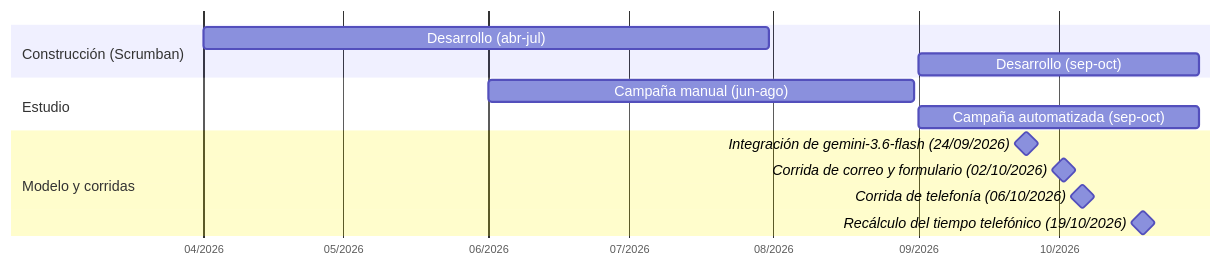
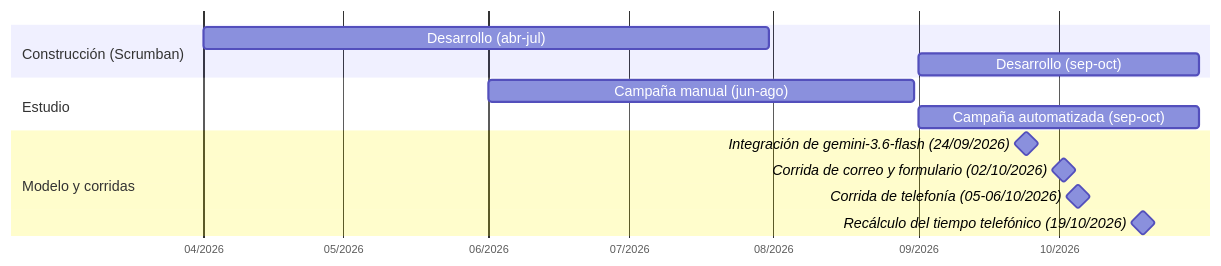
One commit to lucaGomezB/Automatizacion-de-Mesa-de-Ayuda-N8N changed the diagram in docs/diagrams/cronograma.md. Above: the diagram before and after it, drawn with Mermaid. The commit also changed other lines of this file and 35 other files, not shown here.

````diff
--- a/docs/diagrams/cronograma.md
+++ b/docs/diagrams/cronograma.md
@@ -28,19 +28,19 @@
 ```mermaid
 %%{init: {"gantt": {"leftPadding": 175, "rightPadding": 20, "fontSize": 13, "sectionFontSize": 13}}}%%
 gantt
     dateFormat YYYY-MM-DD
     axisFormat %m/%Y
     tickInterval 1month
     todayMarker off
     section Construcción (Scrumban)
     Desarrollo (abr-jul)             :cons1, 2026-04-01, 2026-07-31
     Desarrollo (sep-oct)             :cons2, 2026-09-01, 2026-10-31
     section Estudio
     Campaña manual (jun-ago)         :cm, 2026-06-01, 2026-08-31
     Campaña automatizada (sep-oct)   :ca, 2026-09-01, 2026-10-31
     section Modelo y corridas
     Integración de gemini-3.6-flash (24/09/2026)  :milestone, m1, 2026-09-24, 0d
     Corrida de correo y formulario (02/10/2026)   :milestone, m2, 2026-10-02, 0d
-    Corrida de telefonía (06/10/2026)             :milestone, m3, 2026-10-06, 0d
+    Corrida de telefonía (05-06/10/2026)          :milestone, m3, 2026-10-05, 0d
     Recálculo del tiempo telefónico (19/10/2026)  :milestone, m4, 2026-10-19, 0d
 ```
````
